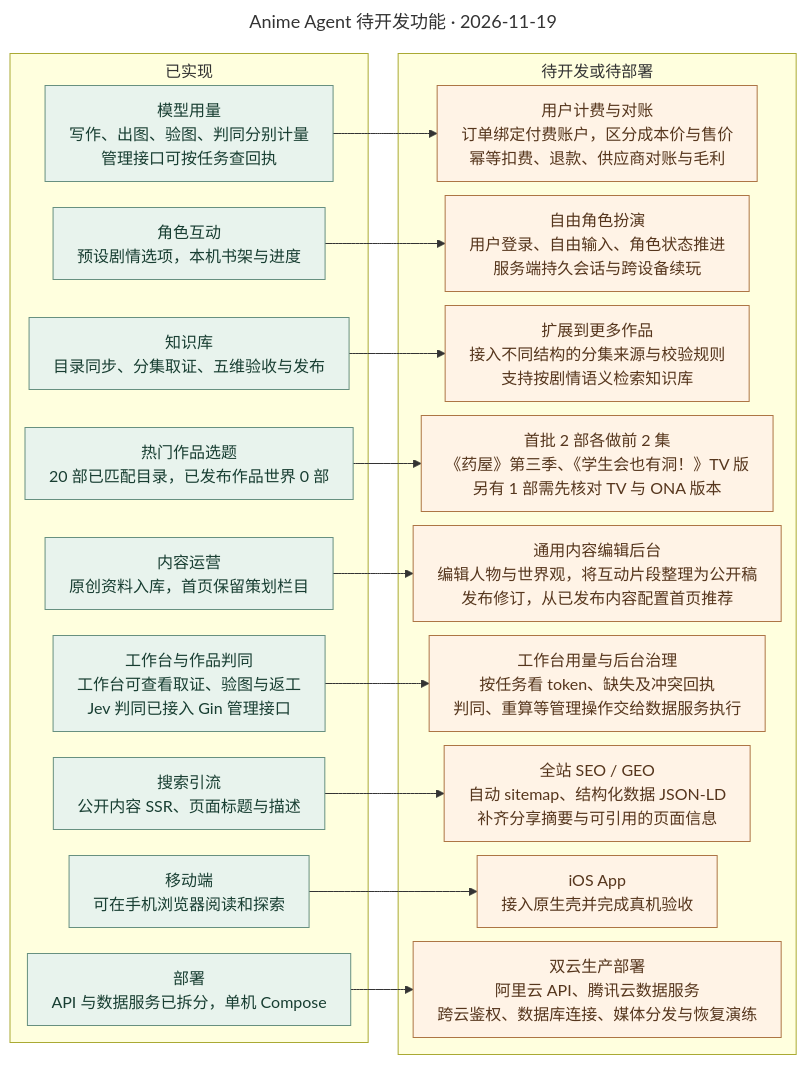
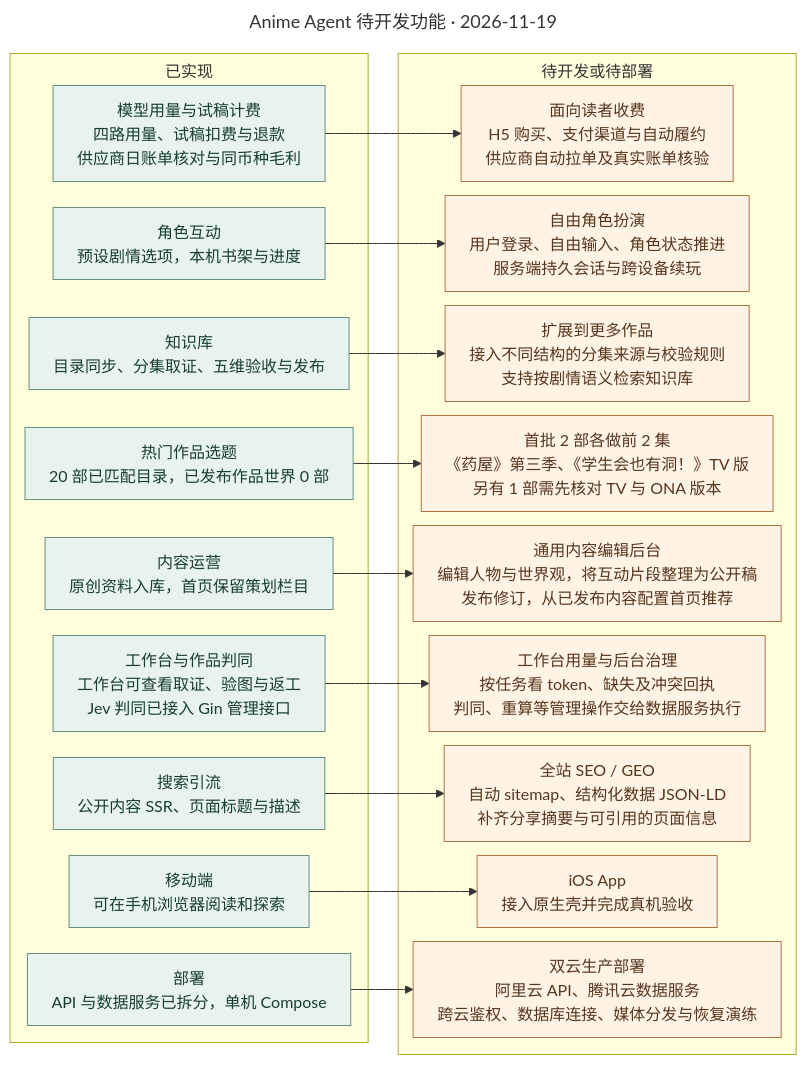
Before and after one commit to bluedao10000/player: the diagram in docs/diagrams/backlog.mmd, drawn with Mermaid. The commit also changed 20 other files, not shown here.

```diff
--- a/docs/diagrams/backlog.mmd
+++ b/docs/diagrams/backlog.mmd
@@ -1,67 +1,67 @@
 ---
 title: Anime Agent 待开发功能 · 2026-11-19
 config:
   flowchart:
     wrappingWidth: 410
     nodeSpacing: 14
     rankSpacing: 30
     padding: 12
     subGraphTitleMargin:
       top: 5
       bottom: 10
 ---
-%% 2026-11-19 · main，以 b1336ef 后的模型用量实现及本地作品目录为基线。各行独立，箭头连接已有能力及其缺口。
+%% 2026-11-19 · main，以 39a2ce5 后的试稿计费实现及本地作品目录为基线。各行独立，箭头连接已有能力及其缺口。
 flowchart LR
     subgraph current["已实现"]
-        metering["模型用量<br/>写作、出图、验图、判同分别计量<br/>管理接口可按任务查回执"]
+        metering["模型用量与试稿计费<br/>四路用量、试稿扣费与退款<br/>供应商日账单核对与同币种毛利"]
         play["角色互动<br/>预设剧情选项，本机书架与进度"]
         kb["知识库<br/>目录同步、分集取证、五维验收与发布"]
         picks["热门作品选题<br/>20 部已匹配目录，已发布作品世界 0 部"]
         edit["内容运营<br/>原创资料入库，首页保留策划栏目"]
         desk["工作台与作品判同<br/>工作台可查看取证、验图与返工<br/>Jev 判同已接入 Gin 管理接口"]
         seo["搜索引流<br/>公开内容 SSR、页面标题与描述"]
         app["移动端<br/>可在手机浏览器阅读和探索"]
         ops["部署<br/>API 与数据服务已拆分，单机 Compose"]
     end
     subgraph remaining["待开发或待部署"]
-        bill["用户计费与对账<br/>订单绑定付费账户，区分成本价与售价<br/>幂等扣费、退款、供应商对账与毛利"]
+        bill["面向读者收费<br/>H5 购买、支付渠道与自动履约<br/>供应商自动拉单及真实账单核验"]
         rp["自由角色扮演<br/>用户登录、自由输入、角色状态推进<br/>服务端持久会话与跨设备续玩"]
         expand["扩展到更多作品<br/>接入不同结构的分集来源与校验规则<br/>支持按剧情语义检索知识库"]
         pilot["首批 2 部各做前 2 集<br/>《药屋》第三季、《学生会也有洞！》TV 版<br/>另有 1 部需先核对 TV 与 ONA 版本"]
         cms["通用内容编辑后台<br/>编辑人物与世界观，将互动片段整理为公开稿<br/>发布修订，从已发布内容配置首页推荐"]
         console["工作台用量与后台治理<br/>按任务看 token、缺失及冲突回执<br/>判同、重算等管理操作交给数据服务执行"]
         growth["全站 SEO / GEO<br/>自动 sitemap、结构化数据 JSON-LD<br/>补齐分享摘要与可引用的页面信息"]
         ios["iOS App<br/>接入原生壳并完成真机验收"]
         cloud["双云生产部署<br/>阿里云 API、腾讯云数据服务<br/>跨云鉴权、数据库连接、媒体分发与恢复演练"]
     end
     metering --> bill
     play --> rp
     kb --> expand
     picks --> pilot
     edit --> cms
     desk --> console
     seo --> growth
     app --> ios
     ops --> cloud
     classDef done fill:#e8f3ed,stroke:#679080,color:#183e32;
     classDef todo fill:#fff3e6,stroke:#ad7545,color:#56361d;
     class metering,play,kb,picks,edit,desk,seo,app,ops done
     class bill,rp,expand,pilot,cms,console,growth,ios,cloud todo
-%% metering | 汇总接口按用途、端点、账户及实际模型查询用量，调用明细保留回执与计量状态。 | apps/api/internal/knowledge/usage.go
-%% bill | 平台生产成本已有回执。用户费率、订单归属、账户流水、退款及供应商账单核对仍待实现。 | docs/模型用量与计费.md
+%% metering | 私有试稿订单锁定零售价，交付后按去重回执扣款，支持退款与供应商日账单对账。 | apps/api/internal/billing/api.go
+%% bill | 接入读者登录、支付渠道和 H5 购买入口，将供应商自动拉单与真实合同费率校验接入现有账本。 | docs/模型用量与计费.md
 %% play | RoleplayComposer 从预设 options 选择下一步；原创故事的书架与进度保存在本机。 | apps/web/src/features/post/roleplay-controls.tsx
 %% rp | 当前 Pi 的持久任务服务于内容生产；面向读者的自由输入、服务端多轮会话、跨端身份与进度仍待接通。 | docs/产品架构.md
 %% kb | 数据服务按配置登记分集、调度取证与素材处理，验收后冻结已完成范围。 | apps/api/cmd/knowledge-sync/main.go
 %% expand | episodeSources 依赖 Naruto 官网页面结构及维基分集表；目录 API 按标题与别名查作品，接入另一种来源和剧情向量检索仍需开发。 | apps/agent/src/episode-plan.ts
 %% picks | 热度榜 20 项按 Bangumi ID 命中本地目录，其中 19 项符合现有 TV 与年份校验。 | docs/热门作品建库计划-2026-11-19.md
 %% pilot | 计划先验证续季集号与集内短篇，四集验收后用真实模型回执核算成本。《黑暗召唤师在地下恋爱中》的 TV/ONA 归属待核。 | docs/热门作品建库计划-2026-11-19.md
 %% edit | 首页作品入口读 Gin，部分港口栏目与原创推荐仍使用前端策划资料。 | apps/web/src/features/post/editorial.tsx
 %% cms | 已有分集自动验收发布；面向编辑的通用创作、修订、发布及首页配置后台仍待开发。 | docs/产品架构.md
 %% desk | 工作台 feed 汇集同步、质检、作品、研究、图片与范围记录，暂未消费管理端用量接口。 | apps/web/src/features/workbench/feed.ts
 %% console | 当前由已授权的 Gin 请求触发判同、部分质检和重算；跨云时数据服务需要异步命令和结果协议。 | apps/api/internal/knowledge/curation.go
 %% seo | H5 内容可 SSR，若干路由已有 head 元信息。 | apps/web/src/routes
 %% growth | 补齐可索引公开内容的 sitemap、统一结构化数据与传播摘要；索引和引用由搜索平台决定。 | docs/功能地图.md
 %% app | 角色、阅读、互动与书架路由已经支持移动 H5。 | apps/web/src/features/post
 %% ios | iOS 包装与真机交付待实施。 | docs/产品架构.md
 %% ops | Compose 已拆出 api、sync、research-agent，运行时仍使用本机卷。 | compose.yaml
 %% cloud | 双云为目标部署，还需跨云连通、服务身份、媒体可达、备份恢复和生产发布。 | docs/部署架构.md
```
